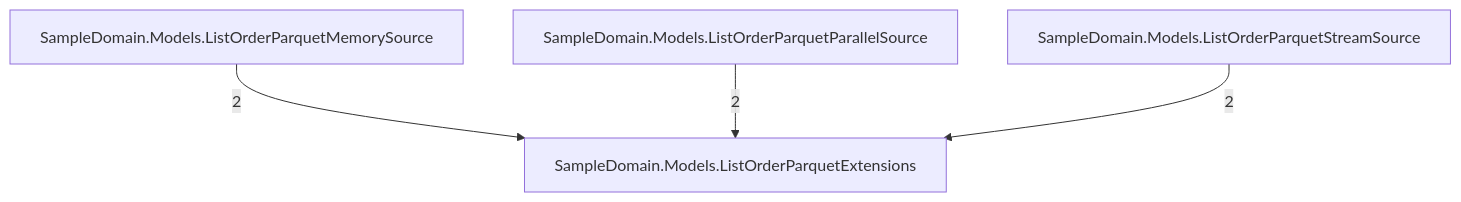
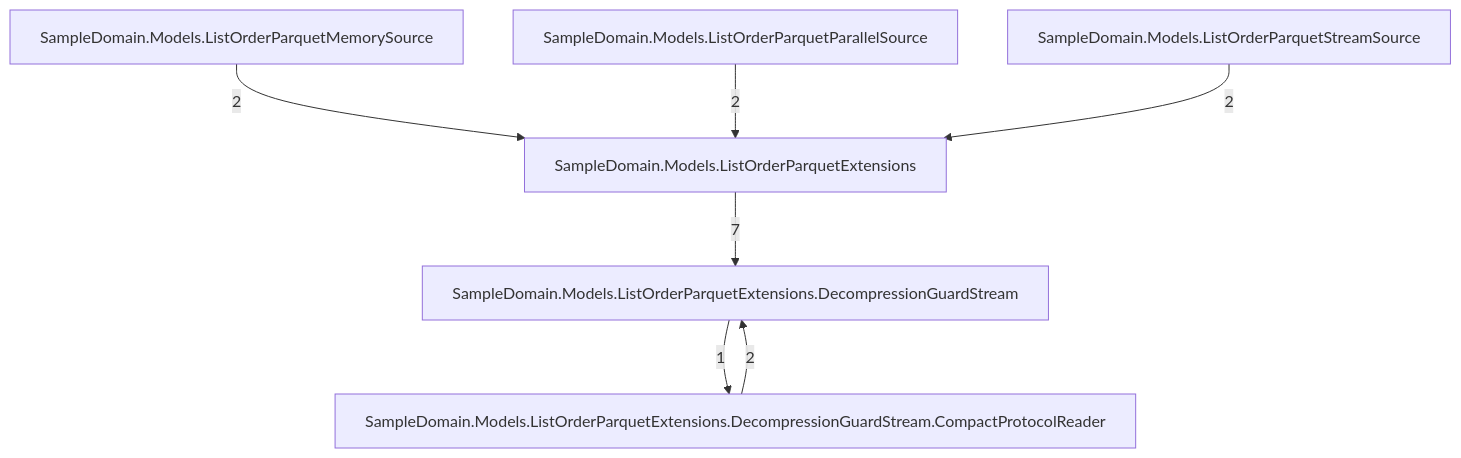
One commit to rtkelly13/Parquet.SourceGenerator changed the second of 7 diagrams in docs/callgraph-generated.md. Above: the diagram before and after it, drawn with Mermaid. The commit also changed other lines of this file and 11 other files, not shown here.

Commit message:
fix(safety): preserve structural gates for decompression guard

````diff
--- a/docs/callgraph-generated.md
+++ b/docs/callgraph-generated.md
@@ -19,10 +24,15 @@
 ```mermaid
 graph TD
     tsampledomainmodelslistorderparquetextensions_046["SampleDomain.Models.ListOrderParquetExtensions"]
+    tsampledomainmodelslistorderparquetextensionsdecompressionguardstream_071["SampleDomain.Models.ListOrderParquetExtensions.DecompressionGuardStream"]
+    tsampledomainmodelslistorderparquetextensionsdecompressionguardstreamcompactprotocolreader_093["SampleDomain.Models.ListOrderParquetExtensions.DecompressionGuardStream.CompactProtocolReader"]
     tsampledomainmodelslistorderparquetmemorysource_048["SampleDomain.Models.ListOrderParquetMemorySource"]
     tsampledomainmodelslistorderparquetparallelsource_050["SampleDomain.Models.ListOrderParquetParallelSource"]
     tsampledomainmodelslistorderparquetstreamsource_048["SampleDomain.Models.ListOrderParquetStreamSource"]
+    tsampledomainmodelslistorderparquetextensionsdecompressionguardstreamcompactprotocolreader_093 -->|2| tsampledomainmodelslistorderparquetextensionsdecompressionguardstream_071
+    tsampledomainmodelslistorderparquetextensionsdecompressionguardstream_071 -->|1| tsampledomainmodelslistorderparquetextensionsdecompressionguardstreamcompactprotocolreader_093
+    tsampledomainmodelslistorderparquetextensions_046 -->|7| tsampledomainmodelslistorderparquetextensionsdecompressionguardstream_071
     tsampledomainmodelslistorderparquetmemorysource_048 -->|2| tsampledomainmodelslistorderparquetextensions_046
     tsampledomainmodelslistorderparquetparallelsource_050 -->|2| tsampledomainmodelslistorderparquetextensions_046
     tsampledomainmodelslistorderparquetstreamsource_048 -->|2| tsampledomainmodelslistorderparquetextensions_046
 ```
````
